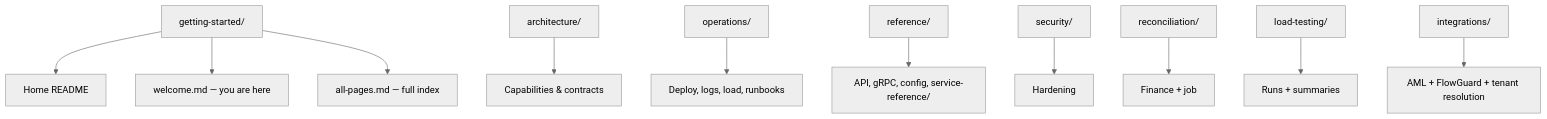
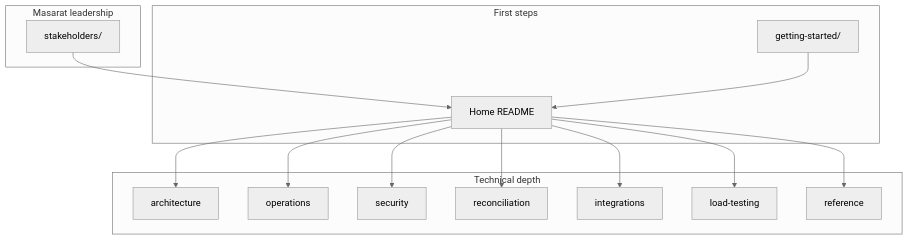
One commit to anstwechy/mitf_wallet_public_docs changed the second of 2 diagrams in docs/getting-started/welcome.md. Above: the diagram before and after it, drawn with Mermaid (neutral theme). The commit also changed other lines of this file and 8 other files, not shown here.

Commit message:
docs: Masarat stakeholder hub, nav order, code-backed capabilities

````diff
--- a/docs/getting-started/welcome.md
+++ b/docs/getting-started/welcome.md
@@ -55,14 +55,31 @@
 ```mermaid
 flowchart TB
-  GS[getting-started/] --> H[Home README]
-  GS --> W[welcome.md — you are here]
-  GS --> AZ[all-pages.md — full index]
+  subgraph lead["Masarat leadership"]
+    ST[stakeholders/]
+  end
 
-  A[architecture/] --> AC[Capabilities & contracts]
-  O[operations/] --> OR[Deploy, logs, load, runbooks]
-  R[reference/] --> RR[API, gRPC, config, service-reference/]
-  S[security/] --> SH[Hardening]
-  RC[reconciliation/] --> RF[Finance + job]
-  L[load-testing/] --> LT[Runs + summaries]
-  I[integrations/] --> IL[AML + FlowGuard + tenant resolution]
+  subgraph start["First steps"]
+    GS[getting-started/]
+    H[Home README]
+  end
+
+  subgraph depth["Technical depth"]
+    A[architecture]
+    O[operations]
+    S[security]
+    RC[reconciliation]
+    I[integrations]
+    L[load-testing]
+    R[reference]
+  end
+
+  ST --> H
+  GS --> H
+  H --> A
+  H --> O
+  H --> S
+  H --> RC
+  H --> I
+  H --> L
+  H --> R
 ```
````
